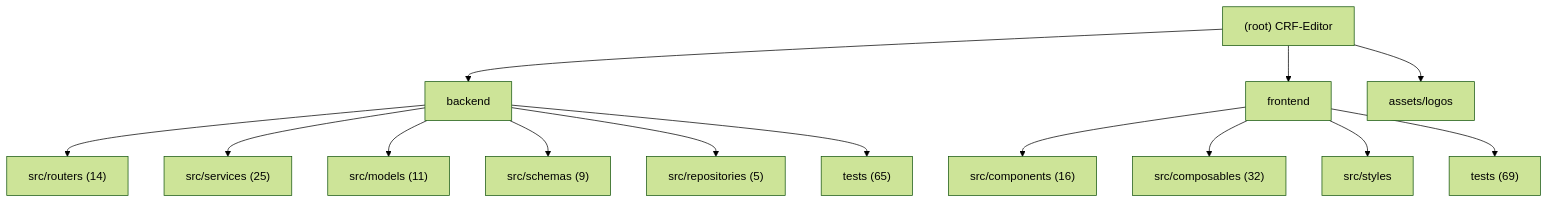
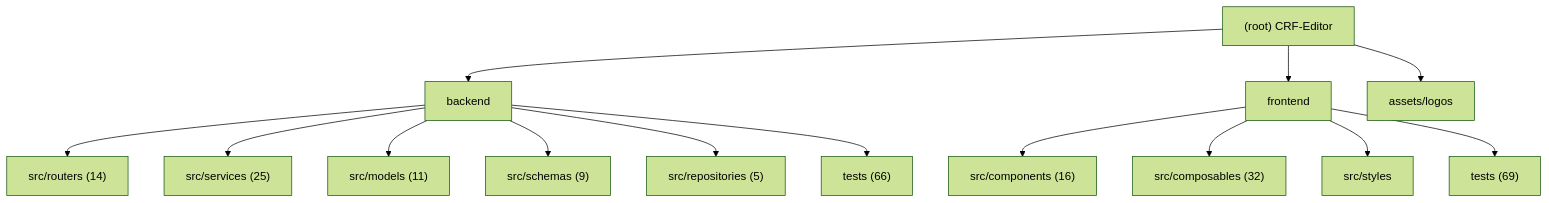
Before and after one commit to decade6666/CRF-Editor: the diagram in .claude/CLAUDE.md, drawn with Mermaid (forest theme). The commit also changed other lines of this file and 1 other file, not shown here.

````diff
--- a/.claude/CLAUDE.md
+++ b/.claude/CLAUDE.md
@@ -15,19 +15,19 @@
 ```mermaid
 graph TD
     A["(root) CRF-Editor"] --> B["backend"];
     B --> B1["src/routers (14)"];
     B --> B2["src/services (25)"];
     B --> B3["src/models (11)"];
     B --> B4["src/schemas (9)"];
     B --> B5["src/repositories (5)"];
-    B --> B6["tests (65)"];
+    B --> B6["tests (66)"];
     A --> C["frontend"];
     C --> C1["src/components (16)"];
     C --> C2["src/composables (32)"];
     C --> C3["src/styles"];
     C --> C4["tests (69)"];
     A --> D["assets/logos"];
 
     click B "./backend/.claude/CLAUDE.md" "View backend module docs"
     click C "./frontend/.claude/CLAUDE.md" "View frontend module docs"
 ```
````
